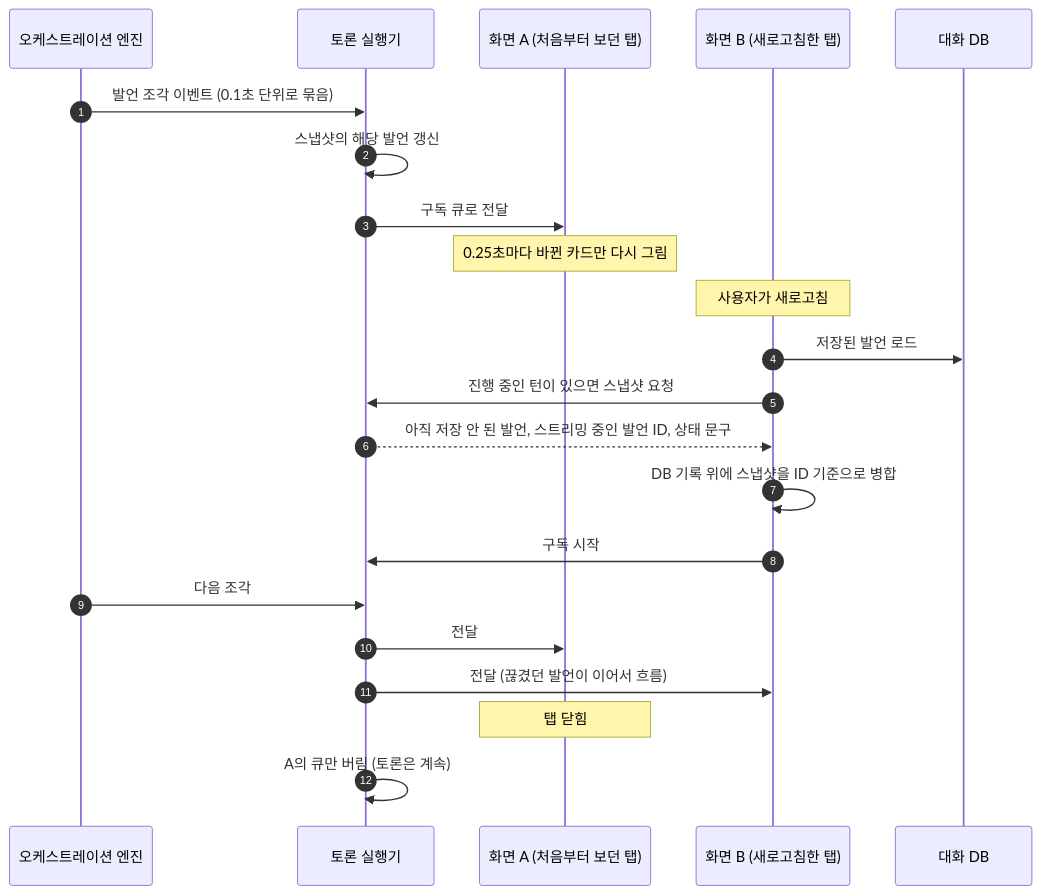
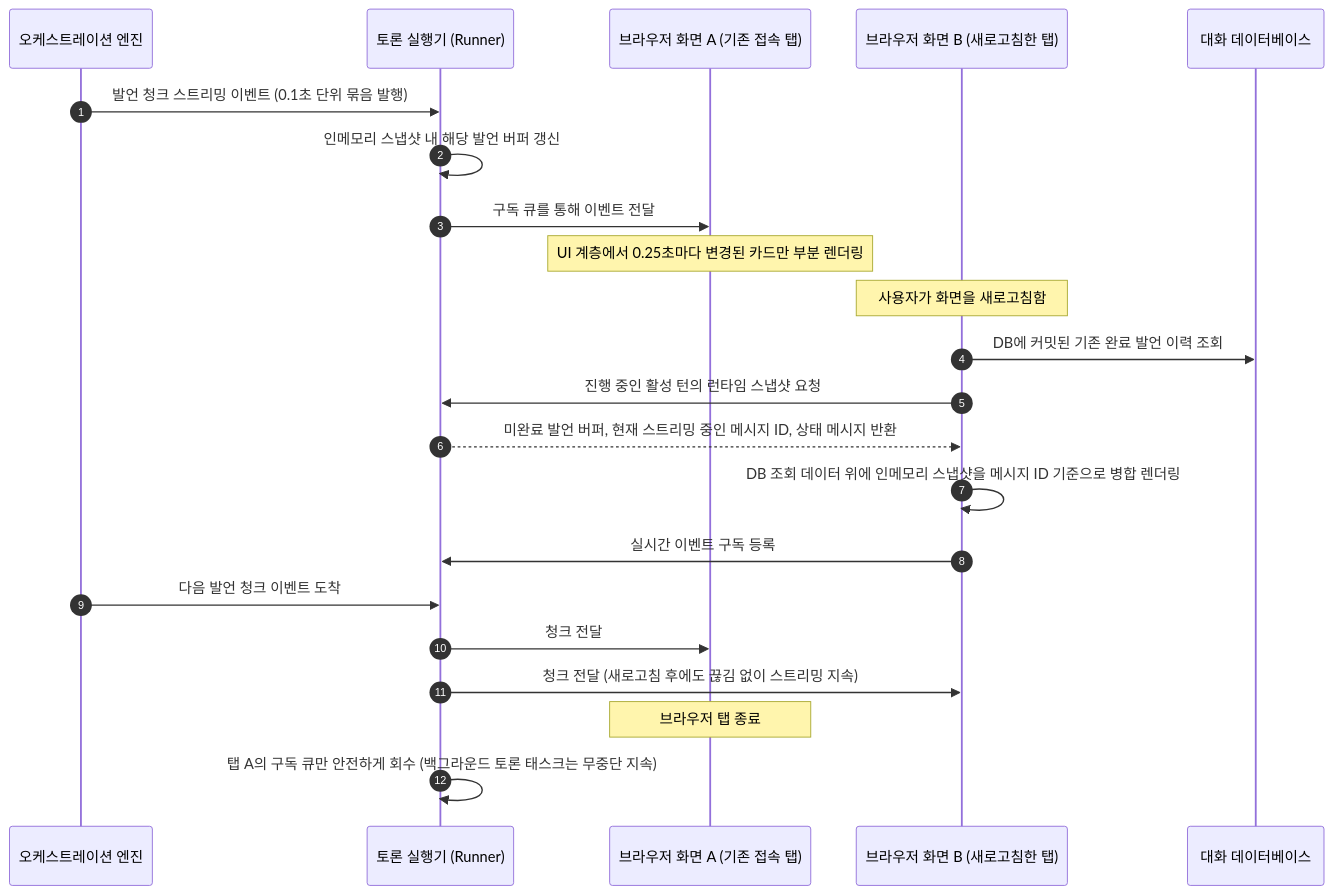
One commit to HaJaehee/MultiAgentDebateAndOrchestrationPlatform changed the fifth of 10 diagrams in lectures/03-architecture/02-dynamic-view.md. Above: the diagram before and after it, drawn with Mermaid. The commit also changed other lines of this file and 39 other files, not shown here.

````diff
--- a/lectures/03-architecture/02-dynamic-view.md
+++ b/lectures/03-architecture/02-dynamic-view.md
@@ -246,27 +201,27 @@
 ```mermaid
 sequenceDiagram
     autonumber
     participant E as 오케스트레이션 엔진
-    participant X as 토론 실행기
-    participant A as 화면 A (처음부터 보던 탭)
-    participant B as 화면 B (새로고침한 탭)
-    participant D as 대화 DB
+    participant X as 토론 실행기 (Runner)
+    participant A as 브라우저 화면 A (기존 접속 탭)
+    participant B as 브라우저 화면 B (새로고침한 탭)
+    participant D as 대화 데이터베이스
 
-    E->>X: 발언 조각 이벤트 (0.1초 단위로 묶음)
-    X->>X: 스냅샷의 해당 발언 갱신
-    X->>A: 구독 큐로 전달
-    Note over A: 0.25초마다 바뀐 카드만 다시 그림
+    E->>X: 발언 청크 스트리밍 이벤트 (0.1초 단위 묶음 발행)
+    X->>X: 인메모리 스냅샷 내 해당 발언 버퍼 갱신
+    X->>A: 구독 큐를 통해 이벤트 전달
+    Note over A: UI 계층에서 0.25초마다 변경된 카드만 부분 렌더링
 
-    Note over B: 사용자가 새로고침
-    B->>D: 저장된 발언 로드
-    B->>X: 진행 중인 턴이 있으면 스냅샷 요청
-    X-->>B: 아직 저장 안 된 발언, 스트리밍 중인 발언 ID, 상태 문구
-    B->>B: DB 기록 위에 스냅샷을 ID 기준으로 병합
-    B->>X: 구독 시작
-    E->>X: 다음 조각
-    X->>A: 전달
-    X->>B: 전달 (끊겼던 발언이 이어서 흐름)
+    Note over B: 사용자가 화면을 새로고침함
+    B->>D: DB에 커밋된 기존 완료 발언 이력 조회
+    B->>X: 진행 중인 활성 턴의 런타임 스냅샷 요청
+    X-->>B: 미완료 발언 버퍼, 현재 스트리밍 중인 메시지 ID, 상태 메시지 반환
+    B->>B: DB 조회 데이터 위에 인메모리 스냅샷을 메시지 ID 기준으로 병합 렌더링
+    B->>X: 실시간 이벤트 구독 등록
+    E->>X: 다음 발언 청크 이벤트 도착
+    X->>A: 청크 전달
+    X->>B: 청크 전달 (새로고침 후에도 끊김 없이 스트리밍 지속)
 
-    Note over A: 탭 닫힘
-    X->>X: A의 큐만 버림 (토론은 계속)
+    Note over A: 브라우저 탭 종료
+    X->>X: 탭 A의 구독 큐만 안전하게 회수 (백그라운드 토론 태스크는 무중단 지속)
 ```
````
